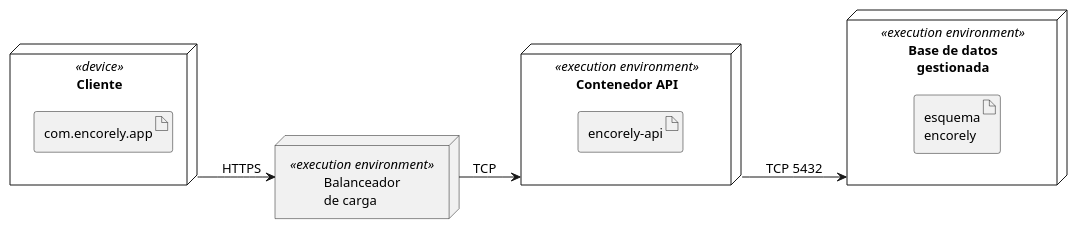
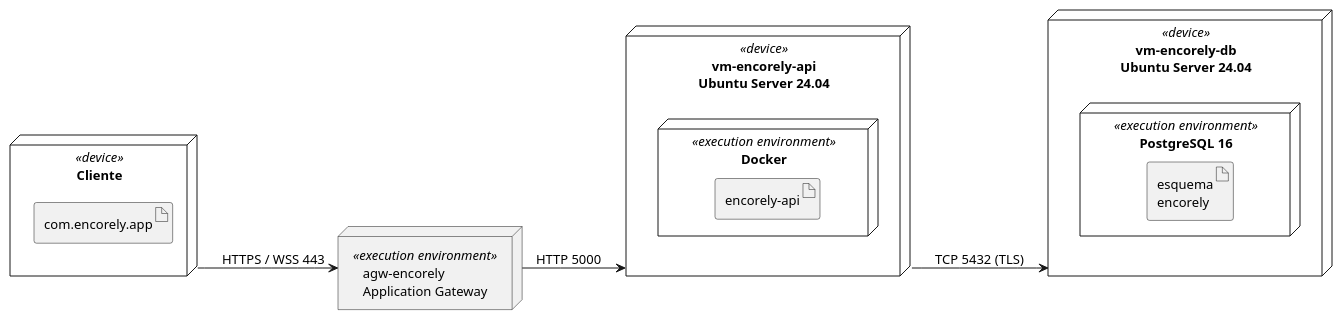
The third of 9 diagrams in docs/MANUAL-TECNICO-SISTEMA-AVANCE.md (EncorelyHQ/encorly_back), drawn with PlantUML before and after one commit. The commit also changed other lines of this file and 21 other files, not shown here.

````diff
--- a/docs/MANUAL-TECNICO-SISTEMA-AVANCE.md
+++ b/docs/MANUAL-TECNICO-SISTEMA-AVANCE.md
@@ -347,24 +648,28 @@
 ```plantuml
 @startuml
 skinparam monochrome true
 skinparam defaultFontName Archivo
 skinparam defaultFontSize 13
 skinparam shadowing false
 skinparam ranksep 25
 skinparam nodesep 10
 left to right direction
 node "Cliente" <<device>> as CLI {
   artifact "com.encorely.app" as A1
 }
-node "Balanceador\nde carga" <<execution environment>> as LB
-node "Contenedor API" <<execution environment>> as API {
-  artifact "encorely-api" as A2
+node "agw-encorely\nApplication Gateway" <<execution environment>> as LB
+node "vm-encorely-api\nUbuntu Server 24.04" <<device>> as VM1 {
+  node "Docker" <<execution environment>> as DK {
+    artifact "encorely-api" as A2
+  }
 }
-node "Base de datos\ngestionada" <<execution environment>> as DB {
-  artifact "esquema\nencorely" as A3
+node "vm-encorely-db\nUbuntu Server 24.04" <<device>> as VM2 {
+  node "PostgreSQL 16" <<execution environment>> as PG {
+    artifact "esquema\nencorely" as A3
+  }
 }
-CLI --> LB : HTTPS
-LB --> API : TCP
-API --> DB : TCP 5432
+CLI --> LB : HTTPS / WSS 443
+LB --> VM1 : HTTP 5000
+VM1 --> VM2 : TCP 5432 (TLS)
 @enduml
 ```
````
